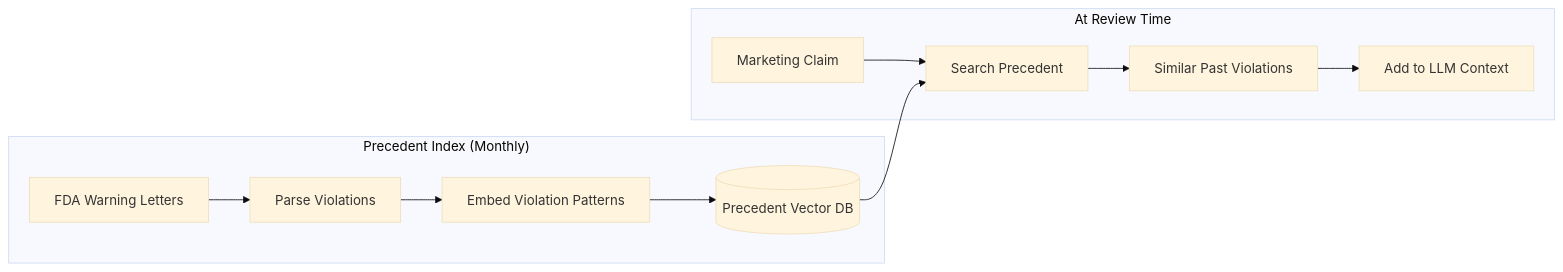
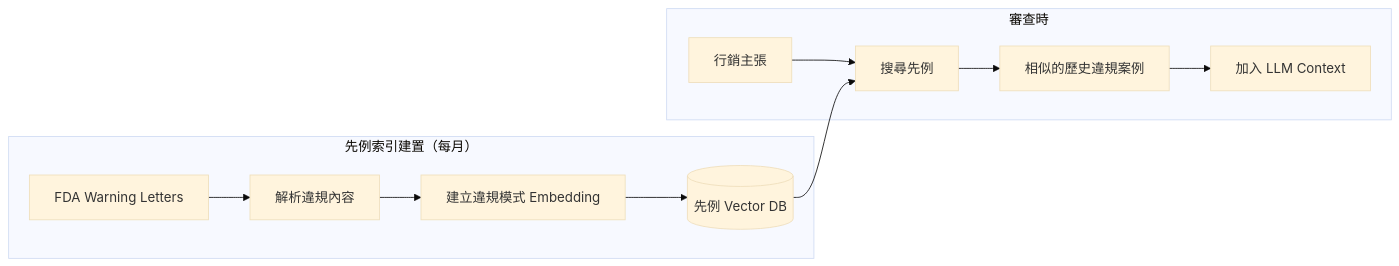
The second of 3 diagrams in 16-case-studies/12-compliance-automation.md (SidStraw/ai-system-design-guide), drawn with Mermaid (base theme) before and after one commit. The commit also changed other lines of this file and 83 other files, not shown here.

````diff
--- a/16-case-studies/12-compliance-automation.md
+++ b/16-case-studies/12-compliance-automation.md
@@ -100,15 +109,15 @@
 ```mermaid
 flowchart LR
-    subgraph Build["Precedent Index (Monthly)"]
-        LETTERS[FDA Warning Letters] --> PARSE_V[Parse Violations]
-        PARSE_V --> EMBED_V[Embed Violation Patterns]
-        EMBED_V --> INDEX[(Precedent Vector DB)]
+    subgraph Build["先例索引建置（每月）"]
+        LETTERS[FDA Warning Letters] --> PARSE_V[解析違規內容]
+        PARSE_V --> EMBED_V[建立違規模式 Embedding]
+        EMBED_V --> INDEX[(先例 Vector DB)]
     end
 
-    subgraph Query["At Review Time"]
-        CLAIM[Marketing Claim] --> SEARCH[Search Precedent]
+    subgraph Query["審查時"]
+        CLAIM[行銷主張] --> SEARCH[搜尋先例]
         INDEX --> SEARCH
-        SEARCH --> SIMILAR[Similar Past Violations]
-        SIMILAR --> CONTEXT[Add to LLM Context]
+        SEARCH --> SIMILAR[相似的歷史違規案例]
+        SIMILAR --> CONTEXT[加入 LLM Context]
     end
 ```
````
